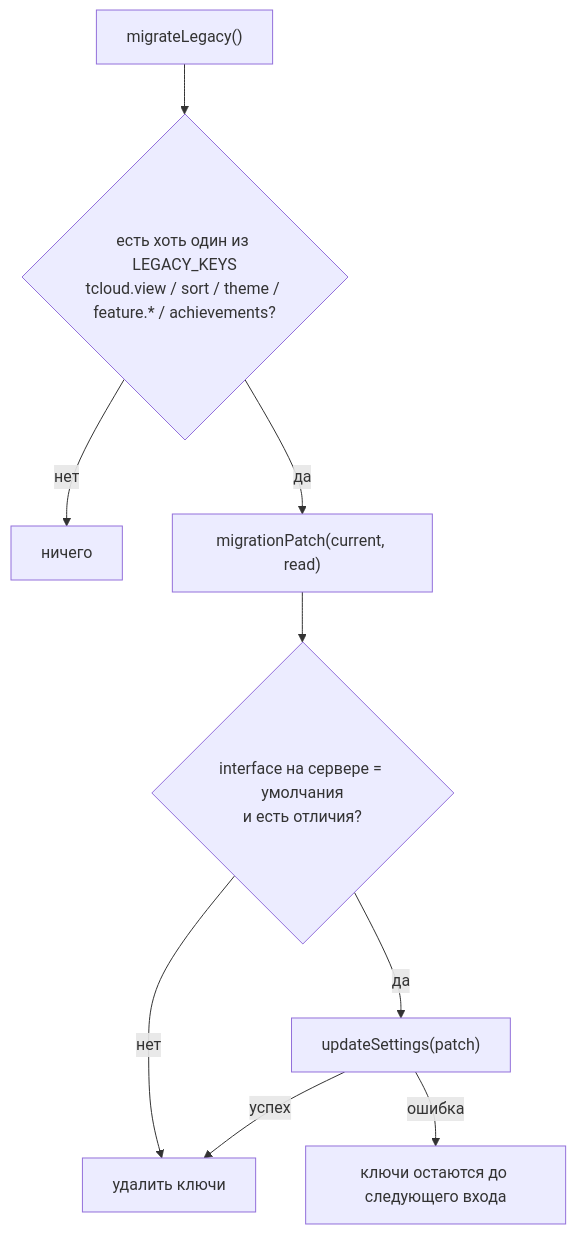
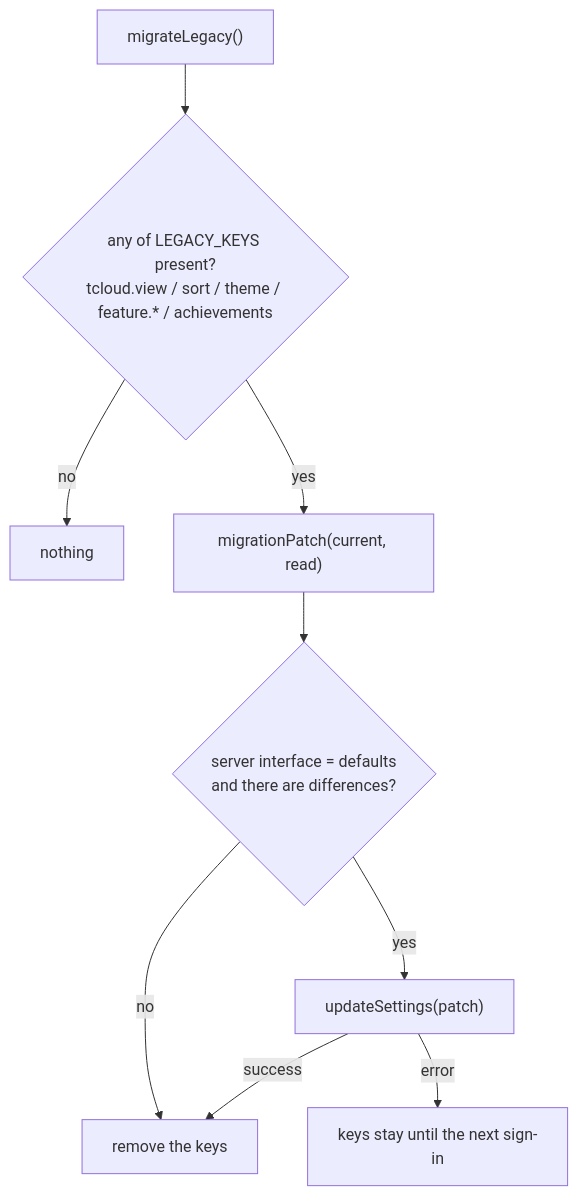
Before and after one commit to NikitkaZXC/tcloud-frontend: the fifth of 5 diagrams in docs/data-flow.md, drawn with Mermaid. The commit also changed other lines of this file and 8 other files, not shown here.

````diff
--- a/docs/data-flow.md
+++ b/docs/data-flow.md
@@ -198,11 +203,11 @@
 ```mermaid
 flowchart TD
-    start["migrateLegacy()"] --> any{"есть хоть один из LEGACY_KEYS<br/>tcloud.view / sort / theme / feature.* / achievements?"}
-    any -- нет --> done["ничего"]
-    any -- да --> patch["migrationPatch(current, read)"]
-    patch --> def{"interface на сервере = умолчания<br/>и есть отличия?"}
-    def -- нет --> clear["удалить ключи"]
-    def -- да --> upd["updateSettings(patch)"]
-    upd -- успех --> clear
-    upd -- ошибка --> keep["ключи остаются до следующего входа"]
+    start["migrateLegacy()"] --> any{"any of LEGACY_KEYS present?<br/>tcloud.view / sort / theme / feature.* / achievements"}
+    any -- no --> done["nothing"]
+    any -- yes --> patch["migrationPatch(current, read)"]
+    patch --> def{"server interface = defaults<br/>and there are differences?"}
+    def -- no --> clear["remove the keys"]
+    def -- yes --> upd["updateSettings(patch)"]
+    upd -- success --> clear
+    upd -- error --> keep["keys stay until the next sign-in"]
 ```
````
